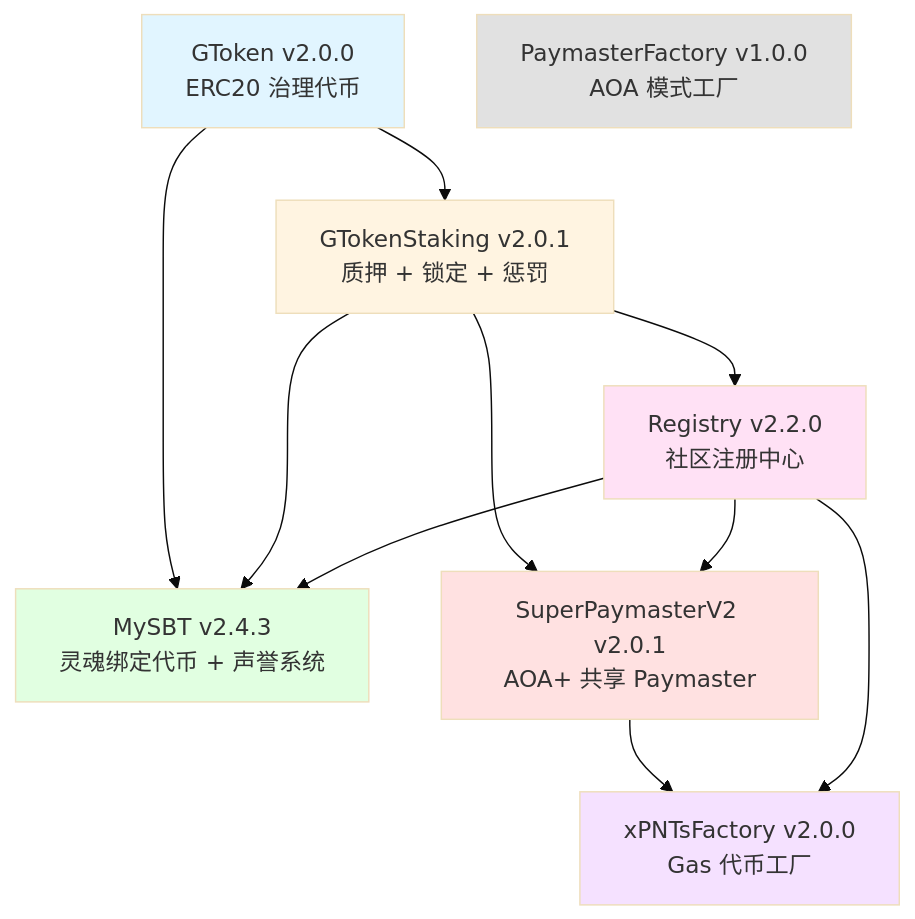
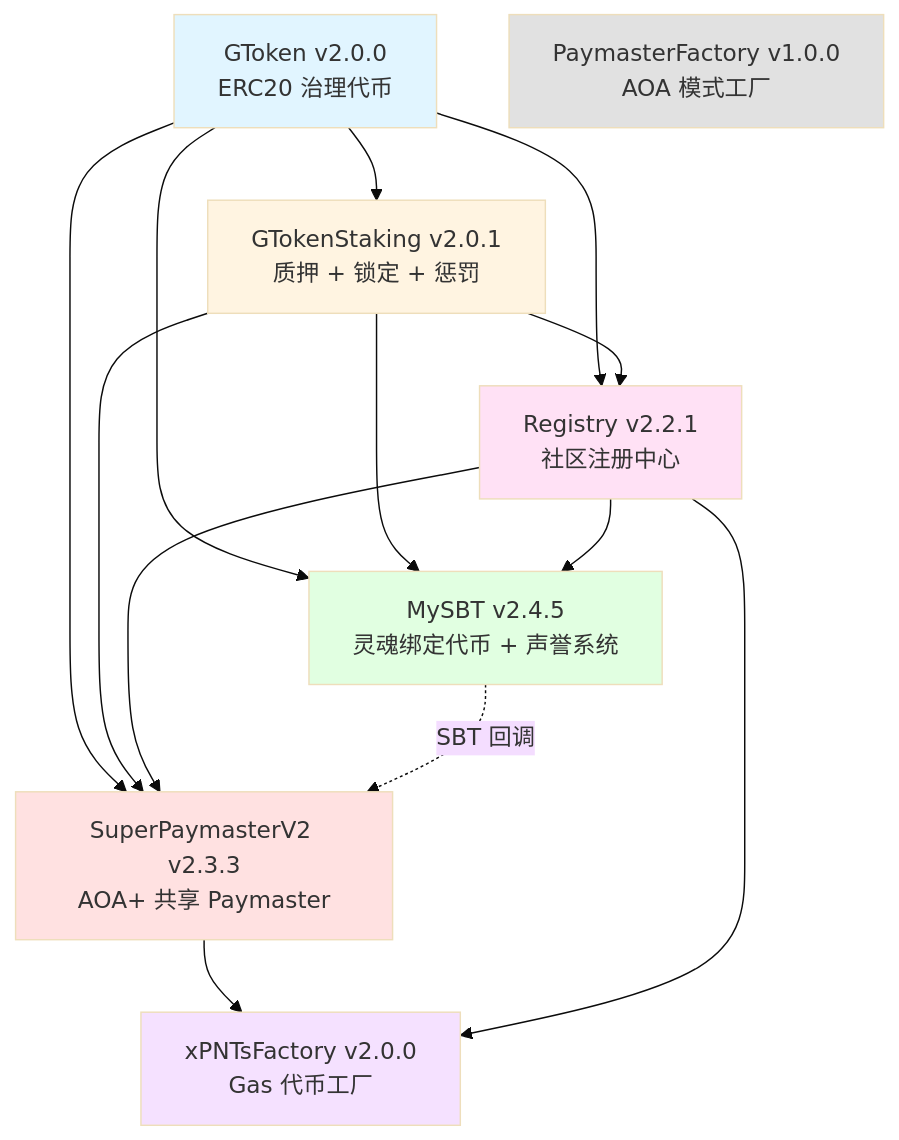
One commit to AAStarCommunity/SuperPaymaster changed the second of 2 diagrams in README.md. Above: the diagram before and after it, drawn with Mermaid (base theme). The commit also changed other lines of this file, not shown here.

````diff
--- a/README.md
+++ b/README.md
@@ -713,33 +724,36 @@
 ```mermaid
 graph TB
     GToken[GToken v2.0.0<br/>ERC20 治理代币]
 
     GTokenStaking[GTokenStaking v2.0.1<br/>质押 + 锁定 + 惩罚]
     GToken --> GTokenStaking
 
-    Registry[Registry v2.2.0<br/>社区注册中心]
+    Registry[Registry v2.2.1<br/>社区注册中心]
+    GToken --> Registry
     GTokenStaking --> Registry
 
-    MySBT[MySBT v2.4.3<br/>灵魂绑定代币 + 声誉系统]
+    MySBT[MySBT v2.4.5<br/>灵魂绑定代币 + 声誉系统]
     GToken --> MySBT
     GTokenStaking --> MySBT
     Registry --> MySBT
 
-    SuperPaymasterV2[SuperPaymasterV2 v2.0.1<br/>AOA+ 共享 Paymaster]
+    SuperPaymasterV2[SuperPaymasterV2 v2.3.3<br/>AOA+ 共享 Paymaster]
+    GToken --> SuperPaymasterV2
     GTokenStaking --> SuperPaymasterV2
     Registry --> SuperPaymasterV2
+    MySBT -.->|SBT 回调| SuperPaymasterV2
 
     xPNTsFactory[xPNTsFactory v2.0.0<br/>Gas 代币工厂]
     SuperPaymasterV2 --> xPNTsFactory
     Registry --> xPNTsFactory
 
     PaymasterFactory[PaymasterFactory v1.0.0<br/>AOA 模式工厂]
 
     style GToken fill:#e1f5ff
     style GTokenStaking fill:#fff4e1
     style Registry fill:#ffe1f5
     style MySBT fill:#e1ffe1
     style SuperPaymasterV2 fill:#ffe1e1
     style xPNTsFactory fill:#f5e1ff
     style PaymasterFactory fill:#e1e1e1
 ```
````
